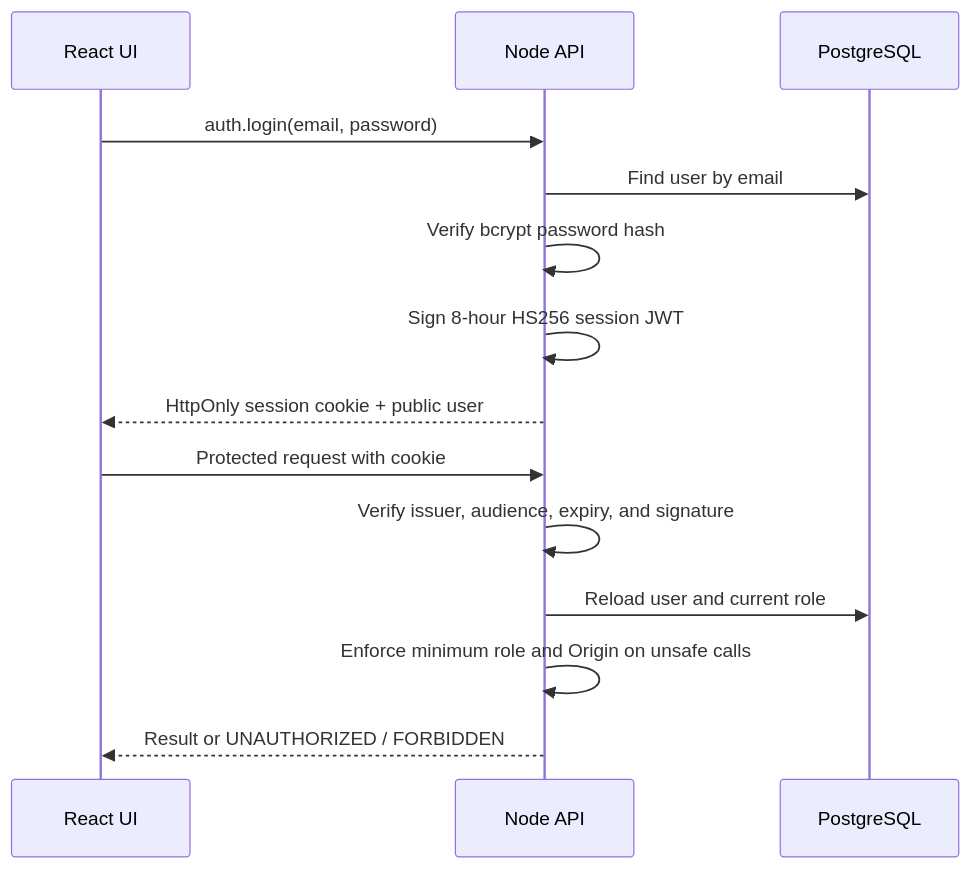
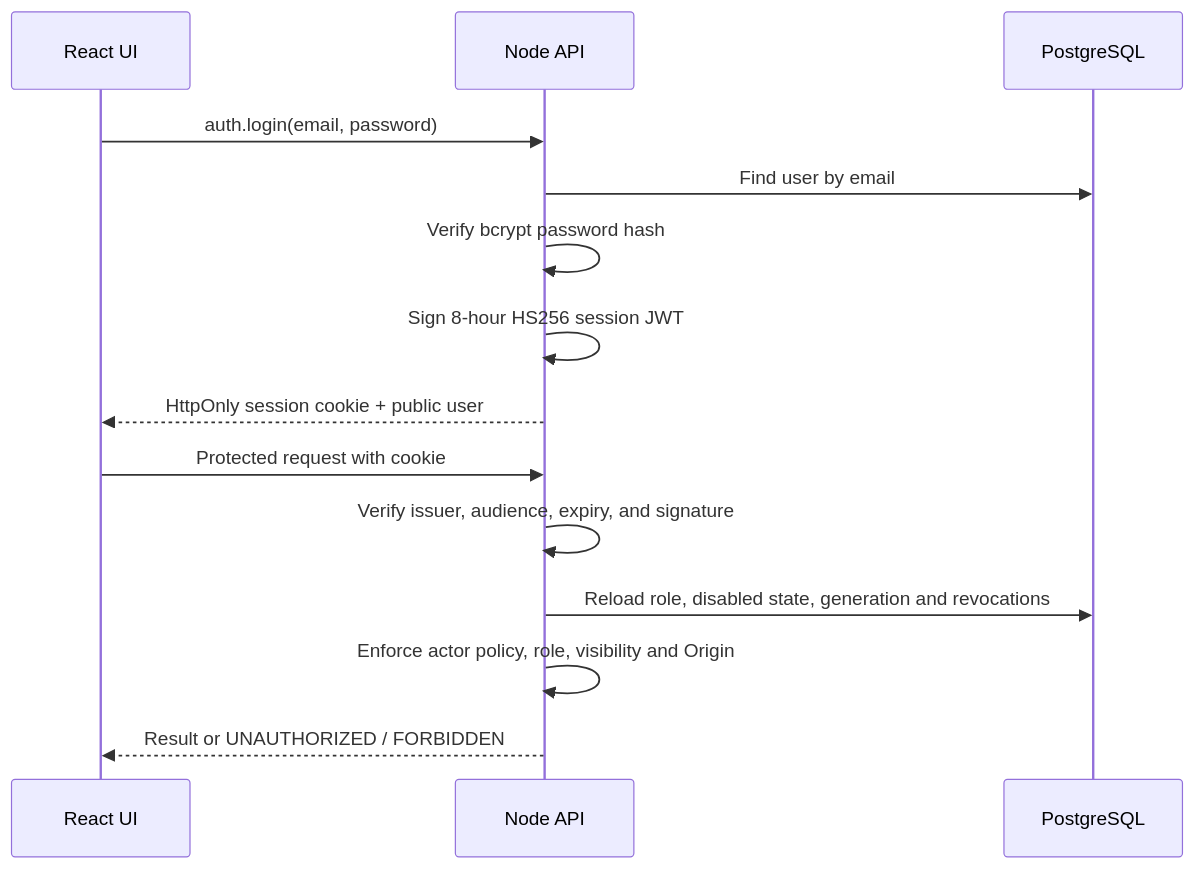
One commit to DruHustle/smart-factory changed the first of 7 diagrams in docs/api-flows.md. Above: the diagram before and after it, drawn with Mermaid. The commit also changed other lines of this file and 93 other files, not shown here.

````diff
--- a/docs/api-flows.md
+++ b/docs/api-flows.md
@@ -7,16 +7,16 @@
 ```mermaid
 sequenceDiagram
   participant UI as React UI
   participant API as Node API
   participant DB as PostgreSQL
   UI->>API: auth.login(email, password)
   API->>DB: Find user by email
   API->>API: Verify bcrypt password hash
   API->>API: Sign 8-hour HS256 session JWT
   API-->>UI: HttpOnly session cookie + public user
   UI->>API: Protected request with cookie
   API->>API: Verify issuer, audience, expiry, and signature
-  API->>DB: Reload user and current role
-  API->>API: Enforce minimum role and Origin on unsafe calls
+  API->>DB: Reload role, disabled state, generation and revocations
+  API->>API: Enforce actor policy, role, visibility and Origin
   API-->>UI: Result or UNAUTHORIZED / FORBIDDEN
 ```
````
